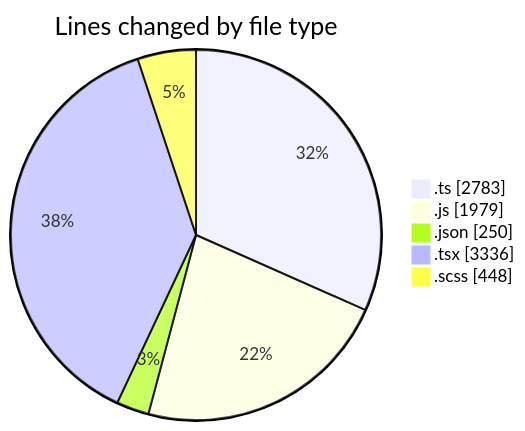
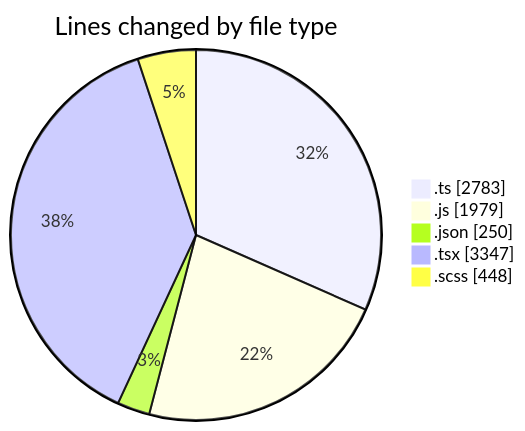
The first of 2 diagrams in 2026-06-18/cda/README.md (momahboobian/code-tracking), drawn with Mermaid before and after one commit. The commit also changed other lines of this file and 1 other file, not shown here.

````diff
--- a/2026-06-18/cda/README.md
+++ b/2026-06-18/cda/README.md
@@ -64,9 +64,9 @@
 ```mermaid
 pie showData
 title Lines changed by file type
 ".ts" : 2783
 ".js" : 1979
 ".json" : 250
-".tsx" : 3336
+".tsx" : 3347
 ".scss" : 448
 ```
````
